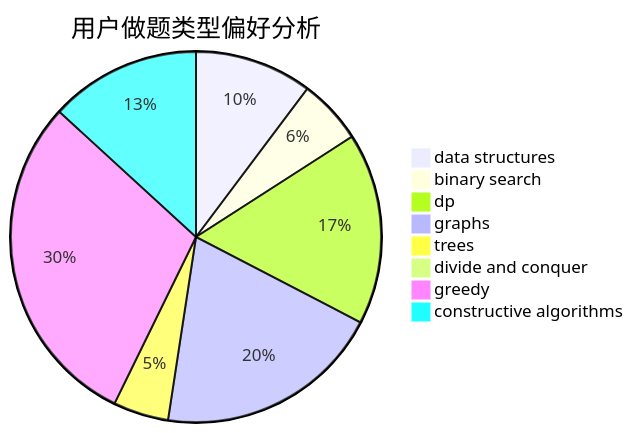
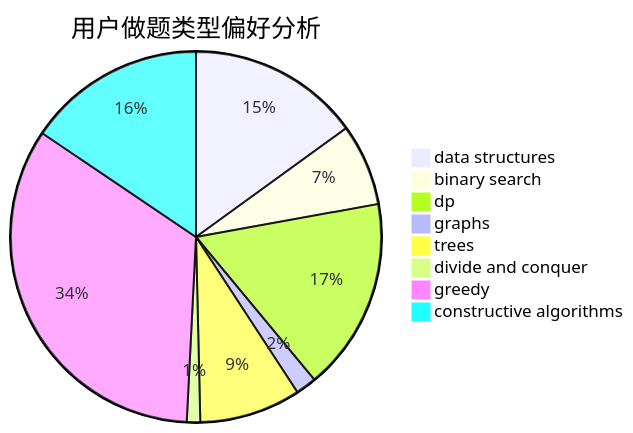
One commit to sherpahu/cfrs.github.io changed the second of 3 diagrams in docs/user/u763.md. Above: the diagram before and after it, drawn with Mermaid. The commit also changed other lines of this file and 2770 other files, not shown here.

````diff
--- a/docs/user/u763.md
+++ b/docs/user/u763.md
@@ -23,11 +23,11 @@
 ```mermaid
 pie title 用户做题类型偏好分析
-    "data structures" :  87
-    "binary search" :  48
-    "dp" :  142
-    "graphs" :  168
-    "trees" :  41
-    "divide and conquer" :  0
-    "greedy" :  251
-    "constructive algorithms" :  112
+    "data structures" :  141
+    "binary search" :  67
+    "dp" :  158
+    "graphs" :  17
+    "trees" :  83
+    "divide and conquer" :  11
+    "greedy" :  316
+    "constructive algorithms" :  146
 ```
````
